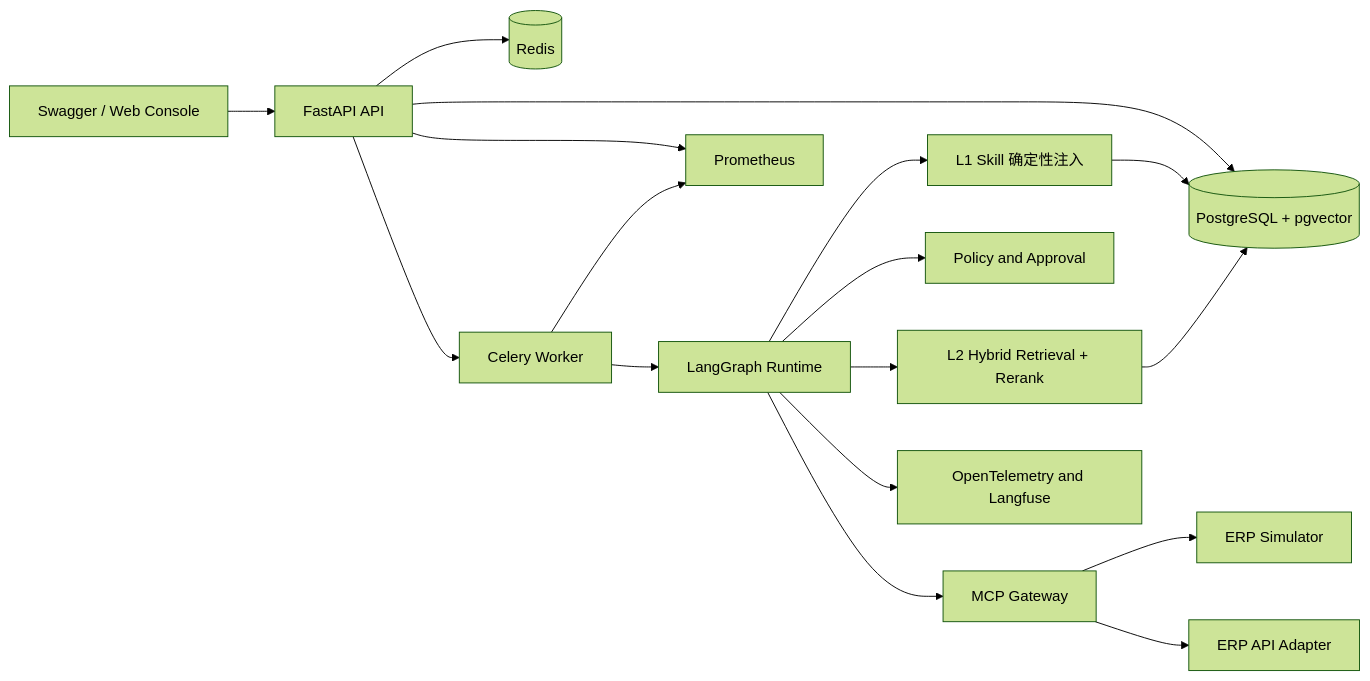
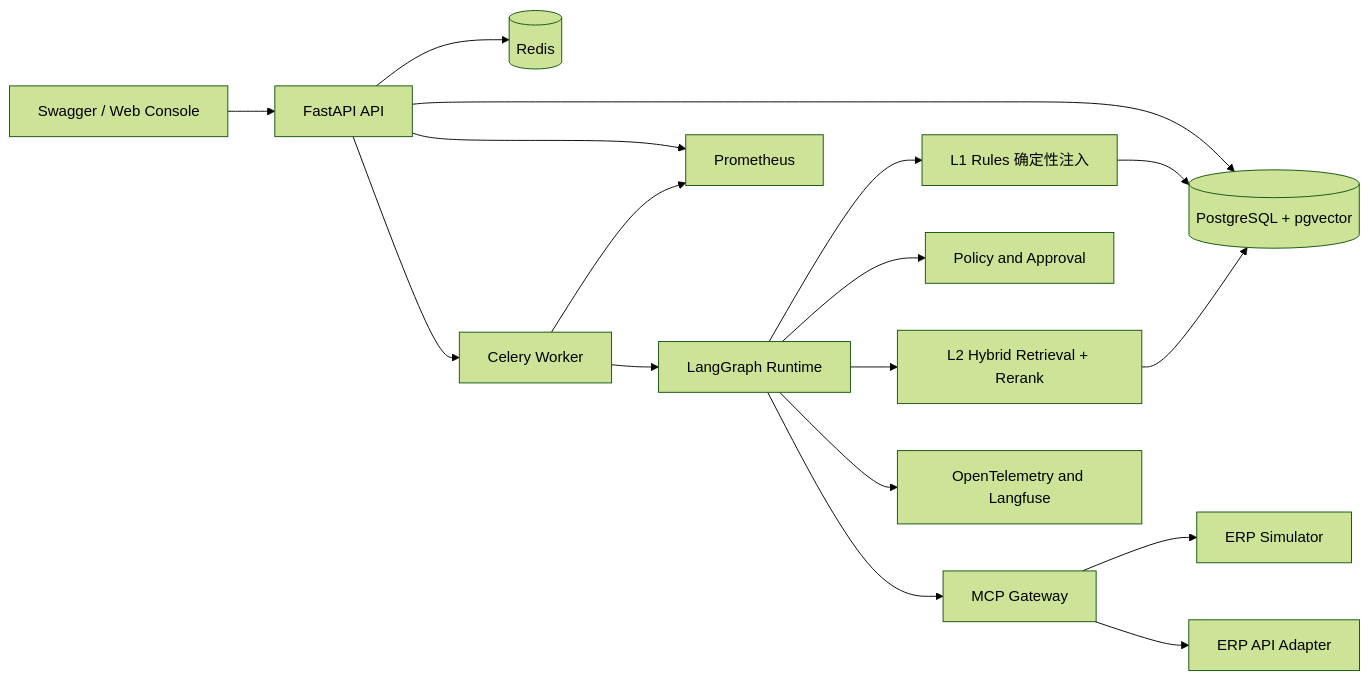
Before and after one commit to jubai123/erp-agent-copilot: the diagram in docs/02-system-architecture.md, drawn with Mermaid (forest theme). The commit also changed other lines of this file and 12 other files, not shown here.

````diff
--- a/docs/02-system-architecture.md
+++ b/docs/02-system-architecture.md
@@ -16,19 +16,19 @@
 ```mermaid
 flowchart LR
     UI[Swagger / Web Console] --> API[FastAPI API]
     API --> PG[(PostgreSQL + pgvector)]
     API --> REDIS[(Redis)]
     API --> WORKER[Celery Worker]
     WORKER --> GRAPH[LangGraph Runtime]
-    GRAPH --> L1[L1 Skill 确定性注入]
+    GRAPH --> L1[L1 Rules 确定性注入]
     GRAPH --> RETRIEVAL[L2 Hybrid Retrieval + Rerank]
     GRAPH --> POLICY[Policy and Approval]
     GRAPH --> MCP[MCP Gateway]
     L1 --> PG
     RETRIEVAL --> PG
     MCP --> SIM[ERP Simulator]
     MCP --> ERP[ERP API Adapter]
     GRAPH --> TRACE[OpenTelemetry and Langfuse]
     API --> METRICS[Prometheus]
     WORKER --> METRICS
 ```
````
